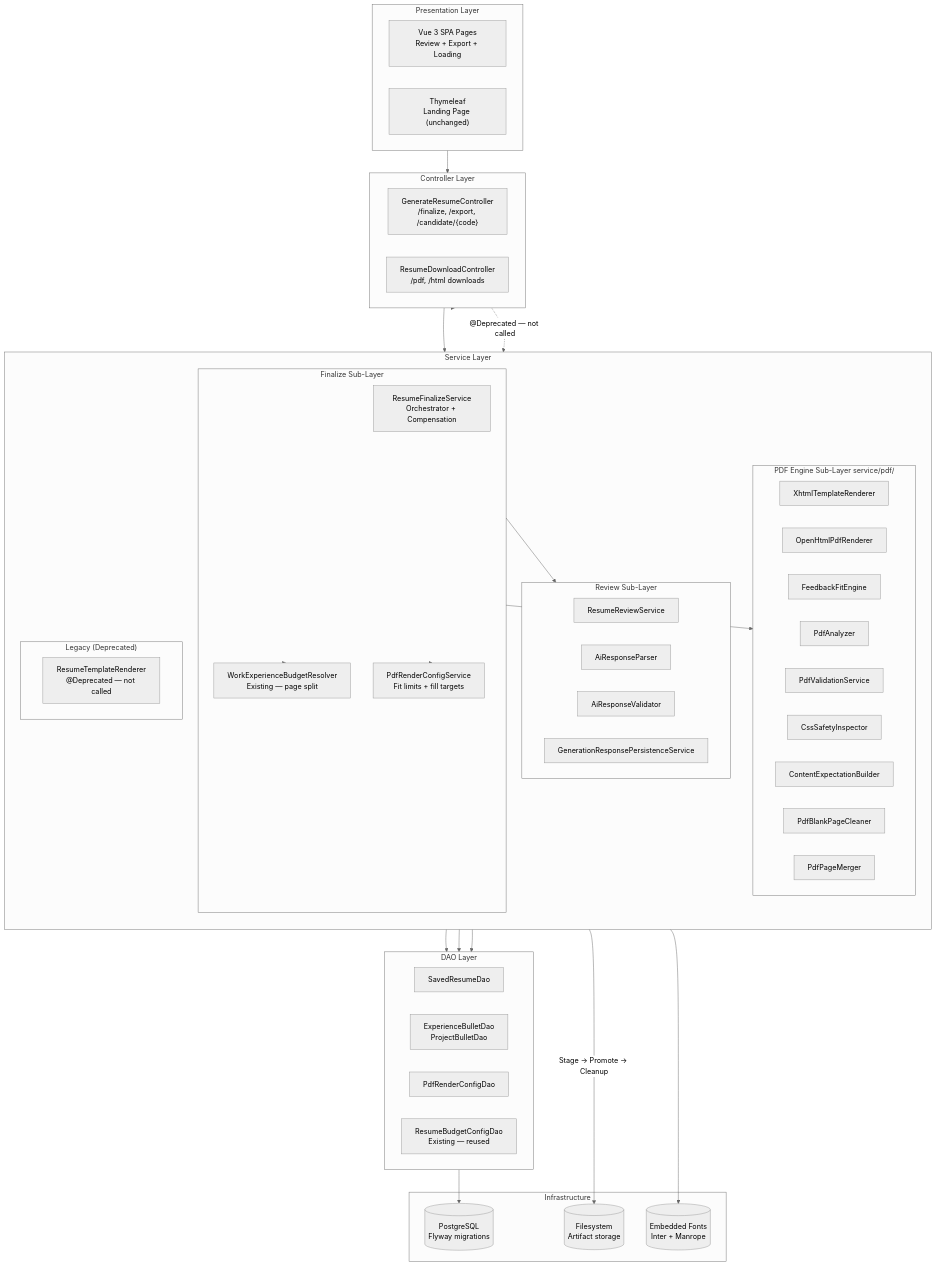
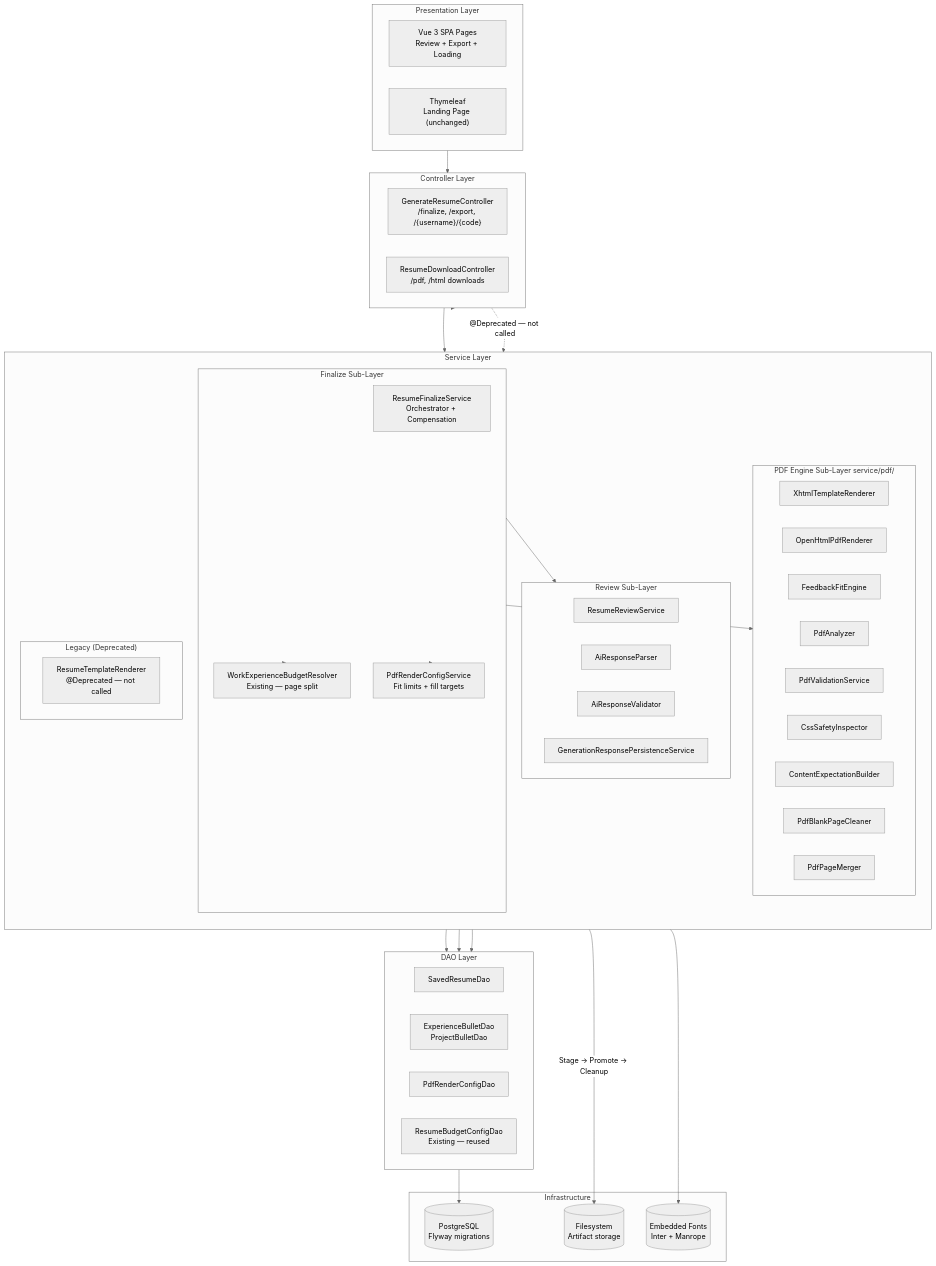
One commit to Anton-Ch/resumainer-java-vue-web-app changed the diagram in specs/008-pdf-generation/software-architecture.md. Above: the diagram before and after it, drawn with Mermaid (neutral theme). The commit also changed other lines of this file and 7 other files, not shown here.

First line of the commit message:
docs(spec): finalize Feature 008 tasks phase with diagrams and cross-artifact fixes

````diff
--- a/specs/008-pdf-generation/software-architecture.md
+++ b/specs/008-pdf-generation/software-architecture.md
@@ -15,77 +15,77 @@
 ```mermaid
 flowchart TB
     subgraph PRESENTATION["Presentation Layer"]
         direction LR
         VuePages["Vue 3 SPA Pages\nReview + Export + Loading"]
         Thymeleaf["Thymeleaf\nLanding Page (unchanged)"]
     end
 
     subgraph CONTROLLER["Controller Layer"]
-        GenCtrl["GenerateResumeController\n/finalize, /export, /candidate/{code}"]
+        GenCtrl["GenerateResumeController\n/finalize, /export, /{username}/{code}"]
         DlCtrl["ResumeDownloadController\n/pdf, /html downloads"]
     end
 
     subgraph SERVICE["Service Layer"]
         direction TB
         subgraph REVIEW["Review Sub-Layer"]
             ReviewSvc["ResumeReviewService"]
             Parser["AiResponseParser"]
             Validator["AiResponseValidator"]
             PersistSvc["GenerationResponsePersistenceService"]
         end
         subgraph FINALIZE["Finalize Sub-Layer"]
             FinalizeSvc["ResumeFinalizeService\nOrchestrator + Compensation"]
             BudgetSvc["WorkExperienceBudgetResolver\nExisting — page split"]
             RenderConfig["PdfRenderConfigService\nFit limits + fill targets"]
         end
         subgraph PDF["PDF Engine Sub-Layer  service/pdf/"]
             direction LR
             XHTML["XhtmlTemplateRenderer"]
             Renderer["OpenHtmlPdfRenderer"]
             FitEngine["FeedbackFitEngine"]
             PdfAnalyzer["PdfAnalyzer"]
             Validator_pdf["PdfValidationService"]
             CssInspector["CssSafetyInspector"]
             Expectation["ContentExpectationBuilder"]
             Cleaner["PdfBlankPageCleaner"]
             Merger["PdfPageMerger"]
         end
         subgraph LEGACY["Legacy (Deprecated)"]
             OldRenderer["ResumeTemplateRenderer\n@Deprecated — not called"]
         end
     end
 
     subgraph DAO["DAO Layer"]
         direction LR
         SavedResumeDAO["SavedResumeDao"]
         BulletDAOs["ExperienceBulletDao\nProjectBulletDao"]
         RenderDAO["PdfRenderConfigDao"]
         BudgetDAO["ResumeBudgetConfigDao\nExisting — reused"]
     end
 
     subgraph INFRA["Infrastructure"]
         PG[("PostgreSQL\nFlyway migrations")]
         FS[("Filesystem\nArtifact storage")]
         Fonts[("Embedded Fonts\nInter + Manrope")]
     end
 
     %% Dependency arrows (top → down only)
     PRESENTATION --> CONTROLLER
     CONTROLLER --> REVIEW
     CONTROLLER --> FINALIZE
     CONTROLLER -.->|"@Deprecated — not called"| LEGACY
 
     FINALIZE --> REVIEW
     FINALIZE --> BudgetSvc
     FINALIZE --> RenderConfig
     FINALIZE --> PDF
 
     REVIEW --> DAO
     FINALIZE --> DAO
     RenderConfig --> RenderDAO
 
     PDF --> Fonts
 
     DAO --> PG
     FINALIZE -->|"Stage → Promote → Cleanup"| FS
 ```
````
